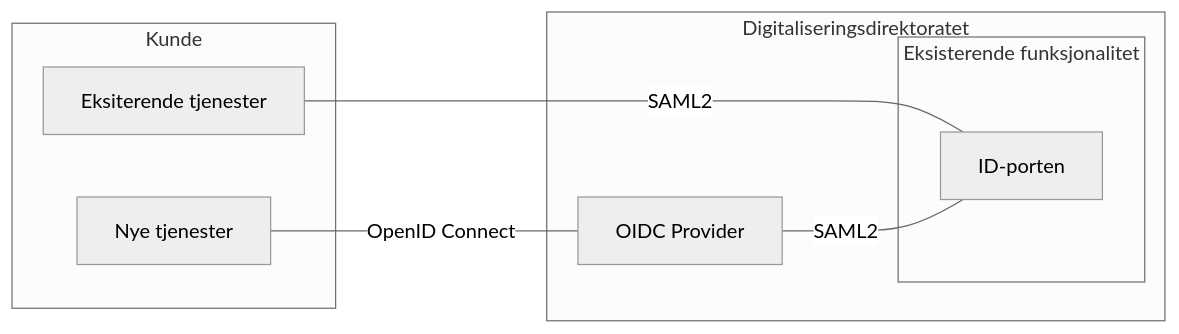
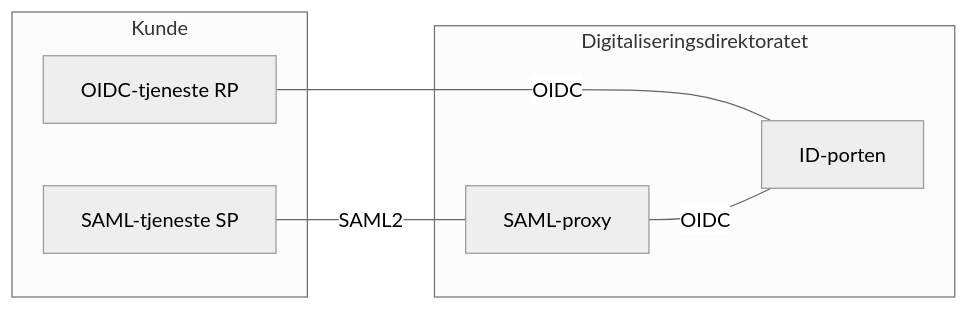
One commit to felleslosninger/docs changed the first of 3 diagrams in _docs/idporten/oidc/oidc_arch.md. Above: the diagram before and after it, drawn with Mermaid (neutral theme). The commit also changed other lines of this file and 37 other files, not shown here.

Commit message:
Dokumentasjon av Nye ID-porten

```diff
--- a/_docs/idporten/oidc/oidc_arch.md
+++ b/_docs/idporten/oidc/oidc_arch.md
@@ -15,16 +15,14 @@
 <div class="mermaid">
 graph LR
-  subgraph Digitaliseringsdirektoratet 
-    subgraph Eksisterende funksjonalitet
-      idp[ID-porten]
-      end
-    OIDC[OIDC Provider]
+  subgraph Digitaliseringsdirektoratet
+    IDP[ID-porten]
+    SAML[SAML-proxy]
   end
   subgraph Kunde
-     ny[Nye tjenester]
-     gammel[Eksiterende tjenester]
+     sp[SAML-tjeneste SP]
+     rp[OIDC-tjeneste RP]
   end
-  ny --  OpenID Connect  --- OIDC
-  gammel --  SAML2 ---idp
-  OIDC -- SAML2 ---idp
+  rp --  OIDC  --- IDP
+  sp --  SAML2 ---SAML
+  SAML -- OIDC ---IDP
 </div>
```
